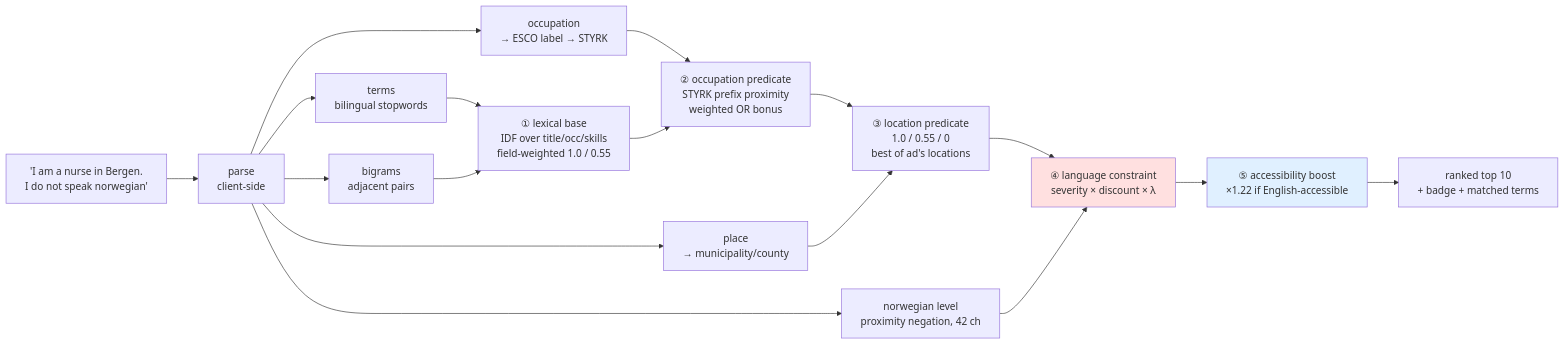
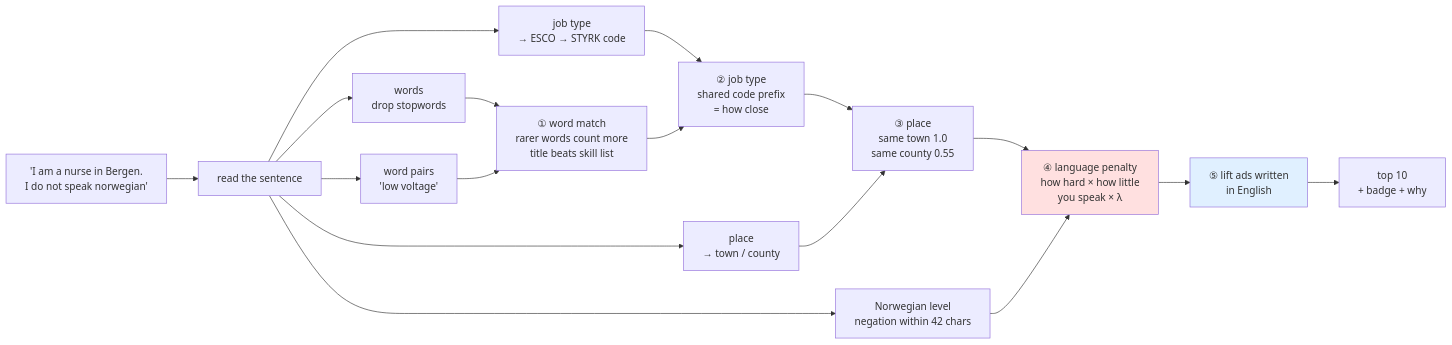
The second of 2 diagrams in README.md (NaomiTitus/constraint-aware-retrieval), drawn with Mermaid before and after one commit. The commit also changed other lines of this file, not shown here.

````diff
--- a/README.md
+++ b/README.md
@@ -216,24 +189,24 @@
 ```mermaid
 flowchart LR
-  Q["'I am a nurse in Bergen.<br/>I do not speak norwegian'"] --> P["parse<br/>client-side"]
+  Q["'I am a nurse in Bergen.<br/>I do not speak norwegian'"] --> P["read the sentence"]
 
-  P --> P1["terms<br/>bilingual stopwords"]
-  P --> P2["bigrams<br/>adjacent pairs"]
-  P --> P3["occupation<br/>→ ESCO label → STYRK"]
-  P --> P4["place<br/>→ municipality/county"]
-  P --> P5["norwegian level<br/>proximity negation, 42 ch"]
+  P --> P1["words<br/>drop stopwords"]
+  P --> P2["word pairs<br/>'low voltage'"]
+  P --> P3["job type<br/>→ ESCO → STYRK code"]
+  P --> P4["place<br/>→ town / county"]
+  P --> P5["Norwegian level<br/>negation within 42 chars"]
 
-  P1 --> S1["① lexical base<br/>IDF over title/occ/skills<br/>field-weighted 1.0 / 0.55"]
+  P1 --> S1["① word match<br/>rarer words count more<br/>title beats skill list"]
   P2 --> S1
-  P3 --> S2["② occupation predicate<br/>STYRK prefix proximity<br/>weighted OR bonus"]
+  P3 --> S2["② job type<br/>shared code prefix<br/>= how close"]
   S1 --> S2
-  S2 --> S3["③ location predicate<br/>1.0 / 0.55 / 0<br/>best of ad's locations"]
+  S2 --> S3["③ place<br/>same town 1.0<br/>same county 0.55"]
   P4 --> S3
-  S3 --> S4["④ language constraint<br/>severity × discount × λ"]
+  S3 --> S4["④ language penalty<br/>how hard × how little<br/>you speak × λ"]
   P5 --> S4
-  S4 --> S5["⑤ accessibility boost<br/>×1.22 if English-accessible"]
-  S5 --> R["ranked top 10<br/>+ badge + matched terms"]
+  S4 --> S5["⑤ lift ads written<br/>in English"]
+  S5 --> R["top 10<br/>+ badge + why"]
 
   style S4 fill:#ffe0e0
   style S5 fill:#e0f0ff
 ```
````
